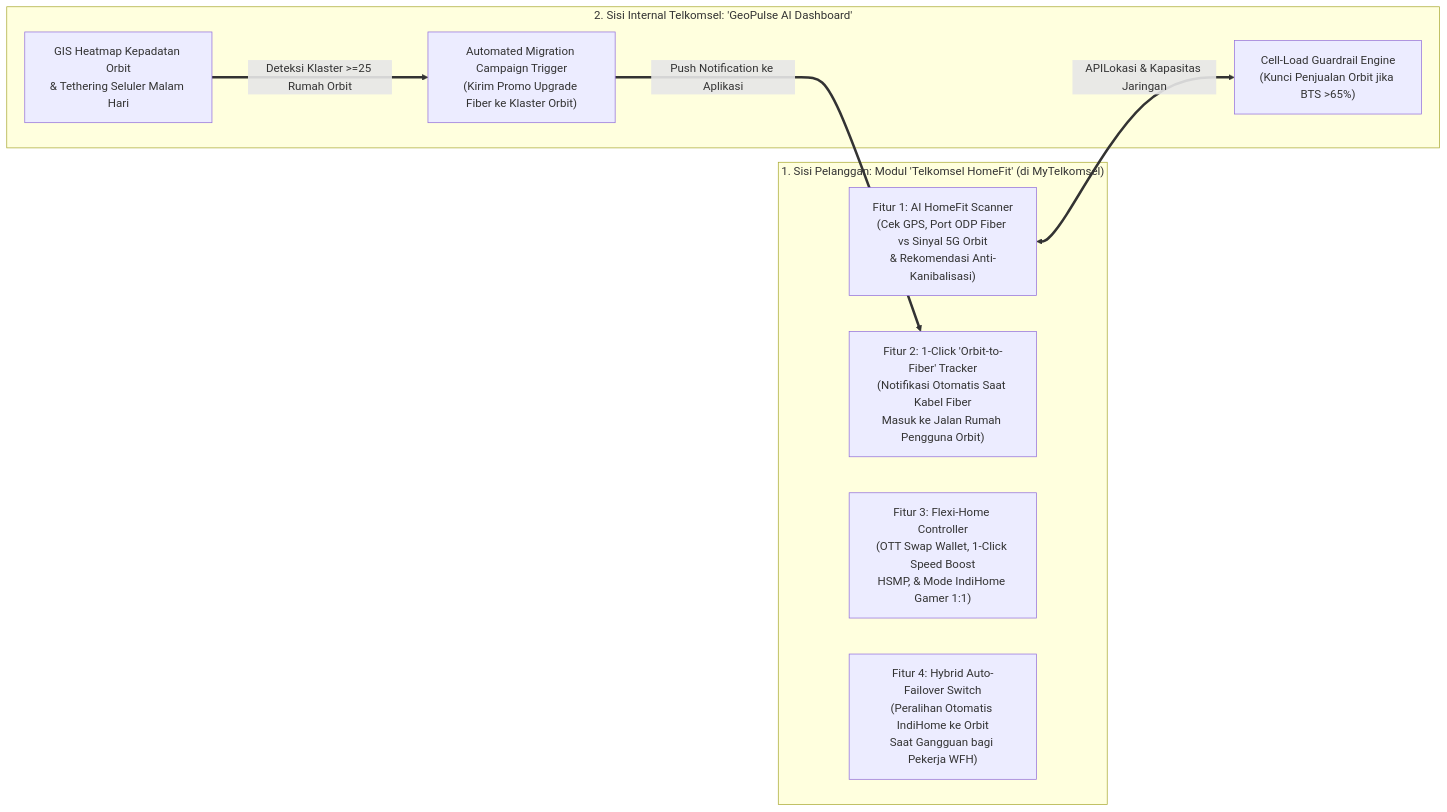
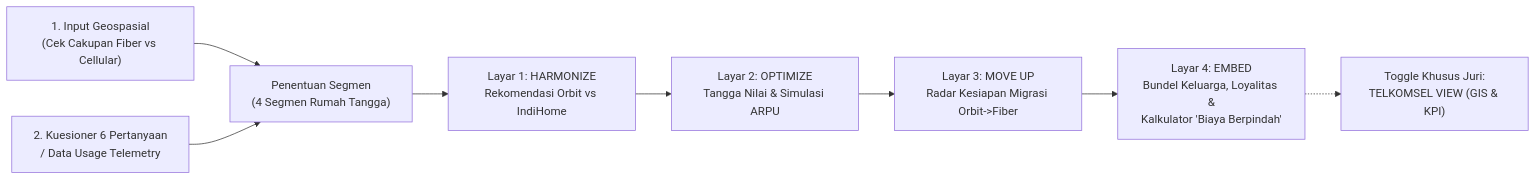
The diagram in report/Software_Proposed_Idea.md (brenandapamudya1/DWDG-Minicase), drawn with Mermaid before and after one commit. The commit also changed other lines of this file and 6 other files, not shown here.

Commit message:
Update DWDG 2026 solution to Home Ladder (H.O.M.E.), add interactive Navigator prototype and 5-year Gantt chart

````diff
--- a/report/Software_Proposed_Idea.md
+++ b/report/Software_Proposed_Idea.md
@@ -17,19 +17,9 @@
 ```mermaid
 flowchart LR
-    subgraph CUSTOMER ["1. Sisi Pelanggan: Modul 'Telkomsel HomeFit' (di MyTelkomsel)"]
-        C1["Fitur 1: AI HomeFit Scanner<br/>(Cek GPS, Port ODP Fiber vs Sinyal 5G Orbit<br/>& Rekomendasi Anti-Kanibalisasi)"]
-        C2["Fitur 2: 1-Click 'Orbit-to-Fiber' Tracker<br/>(Notifikasi Otomatis Saat Kabel Fiber<br/>Masuk ke Jalan Rumah Pengguna Orbit)"]
-        C3["Fitur 3: Flexi-Home Controller<br/>(OTT Swap Wallet, 1-Click Speed Boost<br/>HSMP, & Mode IndiHome Gamer 1:1)"]
-        C4["Fitur 4: Hybrid Auto-Failover Switch<br/>(Peralihan Otomatis IndiHome ke Orbit<br/>Saat Gangguan bagi Pekerja WFH)"]
-    end
-
-    subgraph ENGINE ["2. Sisi Internal Telkomsel: 'GeoPulse AI Dashboard'"]
-        E1["GIS Heatmap Kepadatan Orbit<br/>& Tethering Seluler Malam Hari"]
-        E2["Cell-Load Guardrail Engine<br/>(Kunci Penjualan Orbit jika BTS >65%)"]
-        E3["Automated Migration Campaign Trigger<br/>(Kirim Promo Upgrade Fiber ke Klaster Orbit)"]
-    end
-
-    C1 <==>|APILokasi & Kapasitas Jaringan| E2
-    E1 ===>|Deteksi Klaster >=25 Rumah Orbit| E3
-    E3 ===>|Push Notification ke Aplikasi| C2
+    LOC["1. Input Geospasial<br/>(Cek Cakupan Fiber vs Cellular)"] & QUIZ["2. Kuesioner 6 Pertanyaan<br/>/ Data Usage Telemetry"] --> SEG["Penentuan Segmen<br/>(4 Segmen Rumah Tangga)"]
+    SEG --> L1["Layar 1: HARMONIZE<br/>Rekomendasi Orbit vs IndiHome"]
+    L1 --> L2["Layar 2: OPTIMIZE<br/>Tangga Nilai & Simulasi ARPU"]
+    L2 --> L3["Layar 3: MOVE UP<br/>Radar Kesiapan Migrasi Orbit->Fiber"]
+    L3 --> L4["Layar 4: EMBED<br/>Bundel Keluarga, Loyalitas &<br/>Kalkulator 'Biaya Berpindah'"]
+    L4 -.-> B2B["Toggle Khusus Juri:<br/>TELKOMSEL VIEW (GIS & KPI)"]
 ```
````
